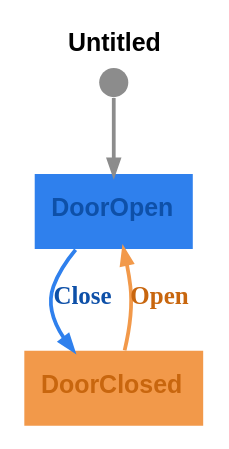
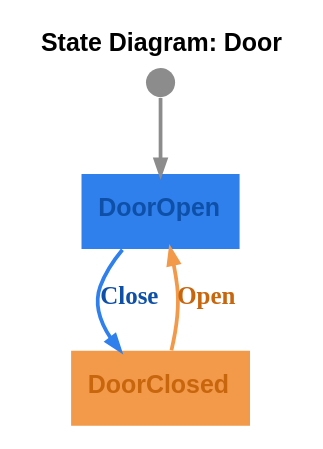
One commit to m-bock/purescript-transit changed the diagram in graphs/door.dot. Above: the diagram before and after it, drawn with Graphviz. The commit also changed 10 other files, not shown here.

```diff
--- a/graphs/door.dot
+++ b/graphs/door.dot
@@ -1,10 +1,10 @@
 digraph 
 {
-rankdir = "TD";fontname = "Arial";label = <<b>Untitled</b>>;labelloc = "t";fontsize = 12
+rankdir = "TD";fontname = "Arial";label = <<b>State Diagram: Door</b>>;labelloc = "t";fontsize = 12
 DoorOpen [shape = "box", label = <<b>DoorOpen</b>>, fontsize = 12, style = "filled", fillcolor = "#2f80ed", fontcolor = "#0e50a8", fontname = "Arial", labelloc = "c", penwidth = 0.0]
 __Start__ [shape = "circle", label = "", width = 0.2, height = 0.2, fixedsize = true, style = "filled", fillcolor = "#8c8c8c", penwidth = 0.0]
 __Start__ -> DoorOpen [color = "#8c8c8c", fontsize = 12, arrowsize = "0.7", penwidth = 1.8]
 DoorOpen -> DoorClosed [color = "#2f80ed", fontcolor = "#0e50a8", fontsize = 12, arrowsize = "0.7", label = <<b>Close</b>>, penwidth = 1.8]
 DoorClosed [shape = "box", label = <<b>DoorClosed</b>>, fontsize = 12, style = "filled", fillcolor = "#f2994a", fontcolor = "#c8660e", fontname = "Arial", labelloc = "c", penwidth = 0.0]
 DoorClosed -> DoorOpen [color = "#f2994a", fontcolor = "#c8660e", fontsize = 12, arrowsize = "0.7", label = <<b>Open</b>>, penwidth = 1.8]
 }
```
